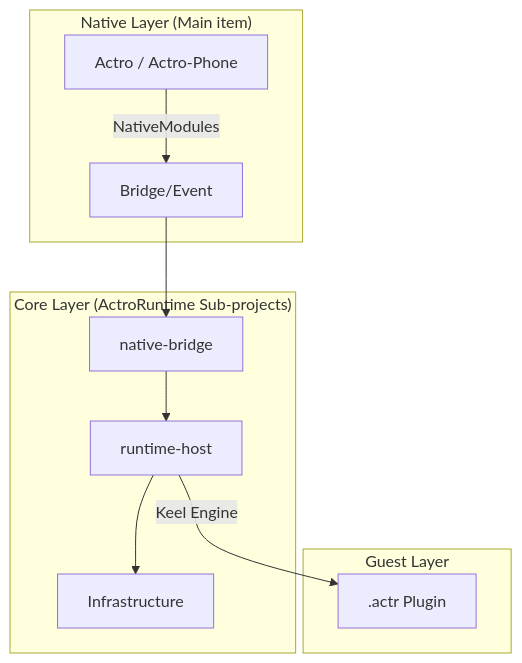
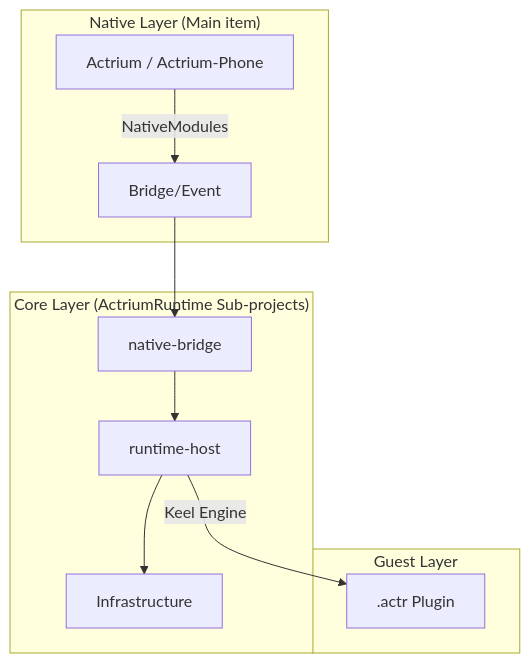
The diagram in ios/AGENTS.md (Actrium/actrium), drawn with Mermaid before and after one commit. The commit also changed other lines of this file and 999 other files, not shown here.

````diff
--- a/ios/AGENTS.md
+++ b/ios/AGENTS.md
@@ -9,16 +9,16 @@
 ```mermaid
 graph TD
     subgraph "Native Layer (Main item)"
-        A[Actro / Actro-Phone] -->|NativeModules| B[Bridge/Event]
+        A[Actrium / Actrium-Phone] -->|NativeModules| B[Bridge/Event]
     end
 
-    subgraph "Core Layer (ActroRuntime Sub-projects)"
+    subgraph "Core Layer (ActriumRuntime Sub-projects)"
         B --> C[native-bridge]
         C --> D[runtime-host]
         D --> E[Infrastructure]
     end
 
     subgraph "Guest Layer"
         D -->|Keel Engine| F[.actr Plugin]
     end
 ```
````
